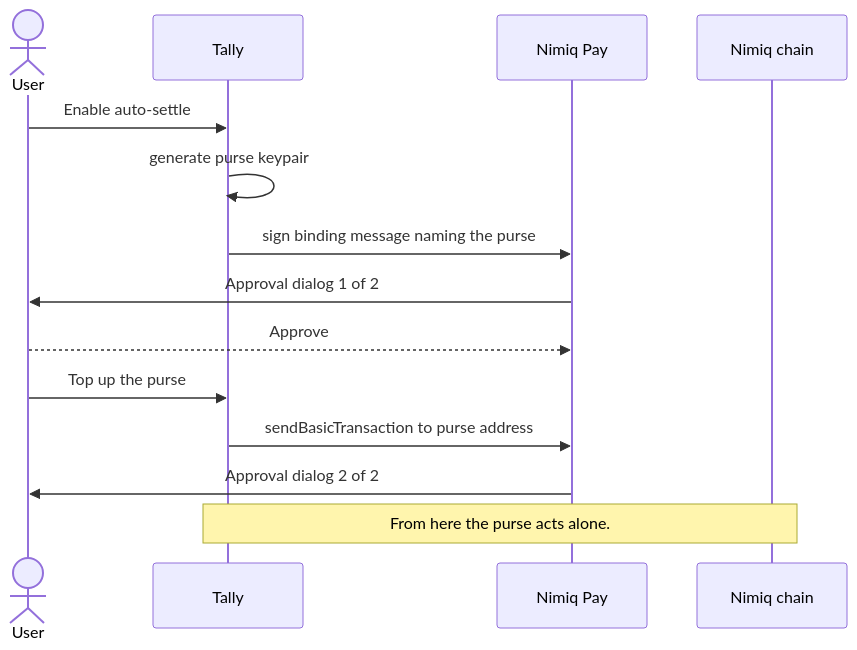
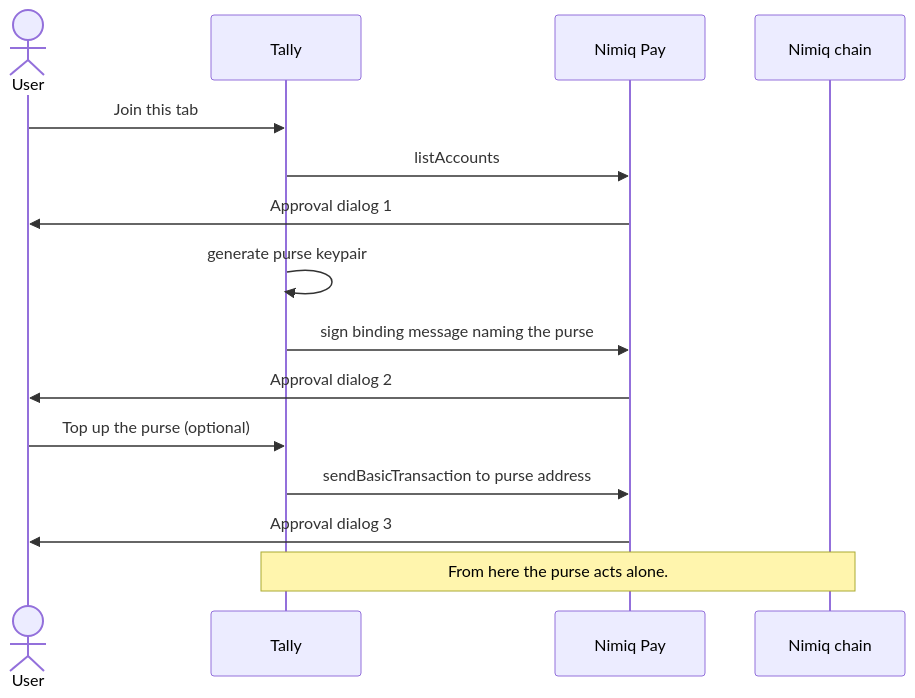
One commit to winsznx/tally changed the first of 3 diagrams in README.md. Above: the diagram before and after it, drawn with Mermaid. The commit also changed other lines of this file and 10 other files, not shown here.

````diff
--- a/README.md
+++ b/README.md
@@ -54,17 +54,18 @@
 ```mermaid
 sequenceDiagram
     actor U as User
     participant T as Tally
     participant P as Nimiq Pay
     participant C as Nimiq chain
 
-    U->>T: Enable auto-settle
+    U->>T: Join this tab
+    T->>P: listAccounts
+    P->>U: Approval dialog 1
     T->>T: generate purse keypair
     T->>P: sign binding message naming the purse
-    P->>U: Approval dialog 1 of 2
-    U-->>P: Approve
-    U->>T: Top up the purse
+    P->>U: Approval dialog 2
+    U->>T: Top up the purse (optional)
     T->>P: sendBasicTransaction to purse address
-    P->>U: Approval dialog 2 of 2
+    P->>U: Approval dialog 3
     Note over T,C: From here the purse acts alone.
 ```
````
